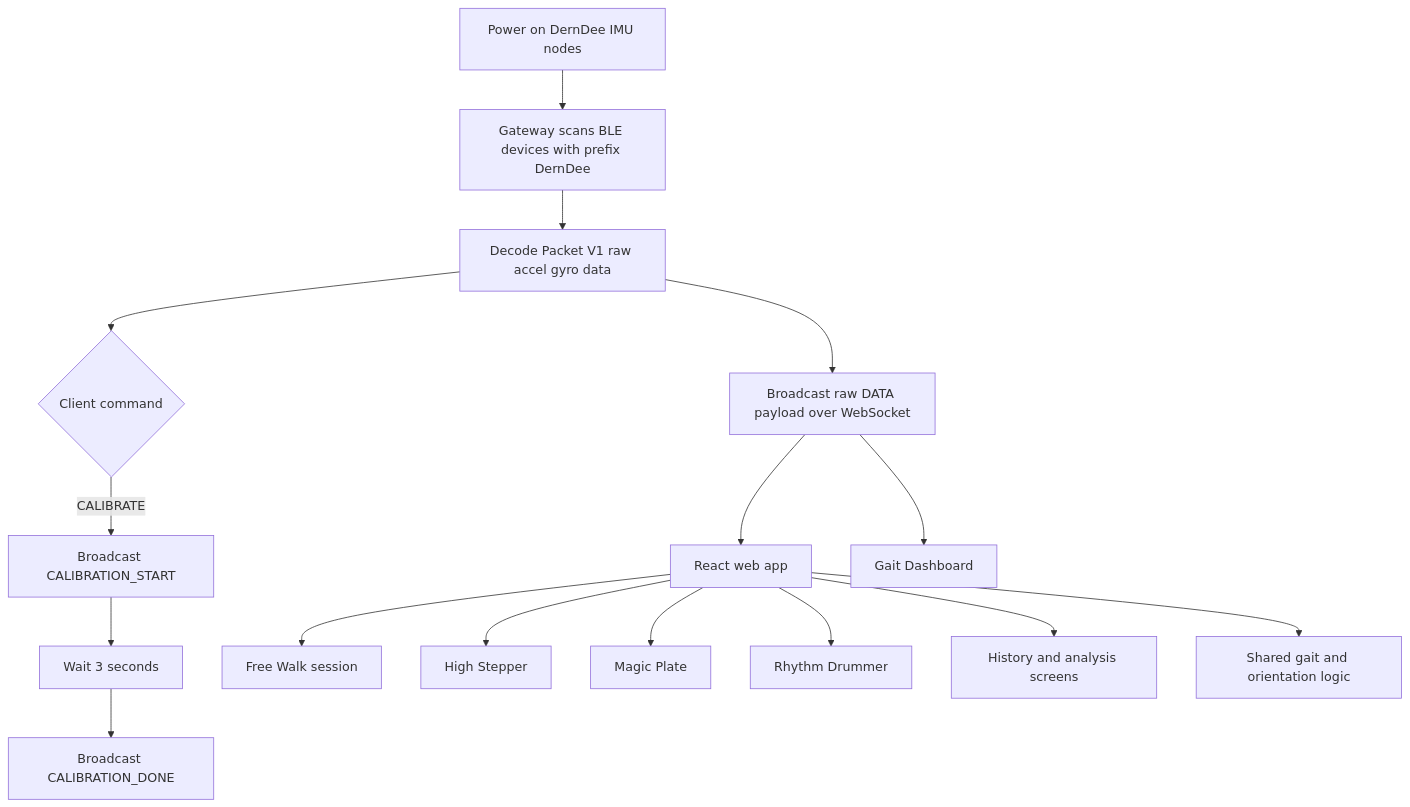
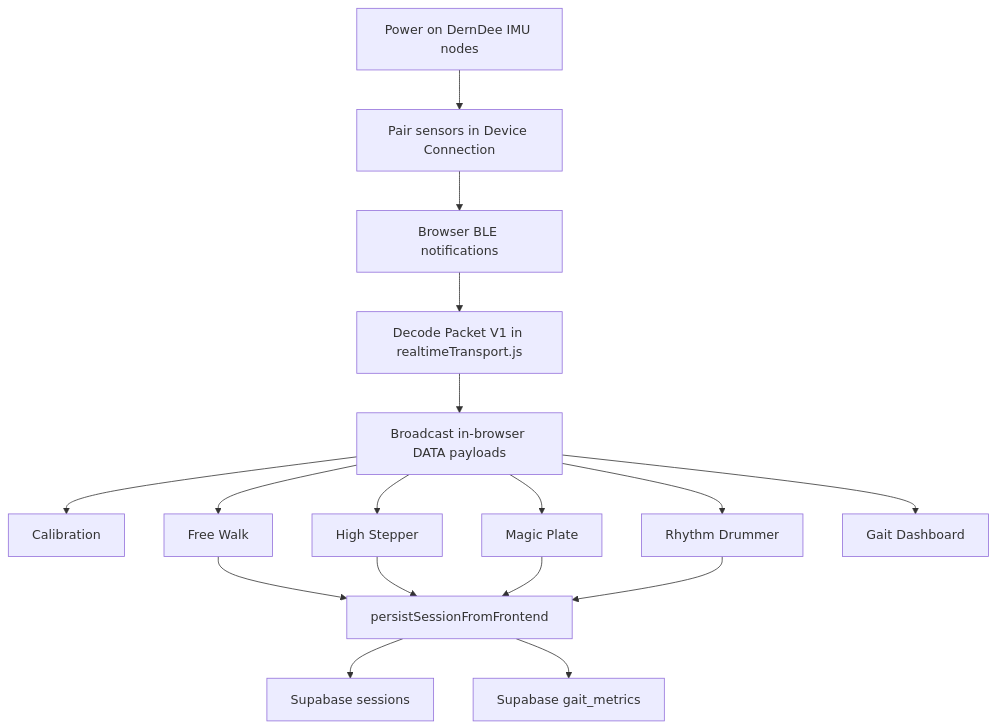
Before and after one commit to Nontakorn-dev/DernDee: the diagram in README.md, drawn with Mermaid. The commit also changed other lines of this file and 24 other files, not shown here.

Commit message:
refactor: remove Python gateway and switch realtime transport to Browser BLE

````diff
--- a/README.md
+++ b/README.md
@@ -63,22 +64,22 @@
 ```mermaid
 flowchart TD
-  A[Power on DernDee IMU nodes] --> B[Gateway scans BLE devices with prefix DernDee]
-  B --> C[Decode Packet V1 raw accel gyro data]
-    C --> D{Client command}
+  A[Power on DernDee IMU nodes] --> B[Pair sensors in Device Connection]
+  B --> C[Browser BLE notifications]
+  C --> D[Decode Packet V1 in realtimeTransport.js]
+  D --> E[Broadcast in-browser DATA payloads]
 
-  D -->|CALIBRATE| E[Broadcast CALIBRATION_START]
-  E --> F[Wait 3 seconds]
-  F --> G[Broadcast CALIBRATION_DONE]
+  E --> F[Calibration]
+  E --> G[Free Walk]
+  E --> H[High Stepper]
+  E --> I[Magic Plate]
+  E --> J[Rhythm Drummer]
+  E --> K[Gait Dashboard]
 
-  C --> M[Broadcast raw DATA payload over WebSocket]
+  G --> L[persistSessionFromFrontend]
+  H --> L
+  I --> L
+  J --> L
 
-    M --> N[React web app]
-  N --> O[Free Walk session]
-  N --> P[High Stepper]
-  N --> Q[Magic Plate]
-  N --> R[Rhythm Drummer]
-  N --> S[History and analysis screens]
-  N --> T[Shared gait and orientation logic]
-
-  M --> U[Gait Dashboard]
+  L --> M[Supabase sessions]
+  L --> N[Supabase gait_metrics]
 ```
````
